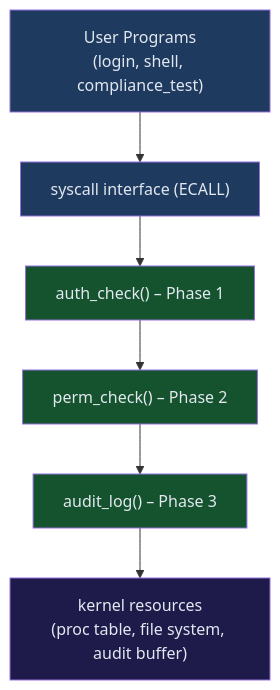
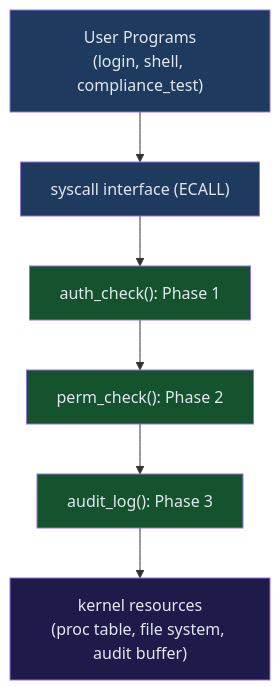
The diagram in docs/docs/intro.md (ahmeddwalid/OSSec12th), drawn with Mermaid before and after one commit. The commit also changed other lines of this file and 17 other files, not shown here.

````diff
--- a/docs/docs/intro.md
+++ b/docs/docs/intro.md
@@ -34,15 +34,15 @@
 ```mermaid
 graph TD
     A["User Programs<br/>(login, shell, compliance_test)"] --> B["syscall interface (ECALL)"]
-    B --> C["auth_check() – Phase 1"]
-    C --> D["perm_check() – Phase 2"]
-    D --> E["audit_log() – Phase 3"]
+    B --> C["auth_check(): Phase 1"]
+    C --> D["perm_check(): Phase 2"]
+    D --> E["audit_log(): Phase 3"]
     E --> F["kernel resources<br/>(proc table, file system, audit buffer)"]
     
     style A fill:#1e3a5f,color:#e2e8f0
     style B fill:#1e3a5f,color:#e2e8f0
     style C fill:#14532d,color:#e2e8f0
     style D fill:#14532d,color:#e2e8f0
     style E fill:#14532d,color:#e2e8f0
     style F fill:#1e1b4b,color:#e2e8f0
 ```
````
